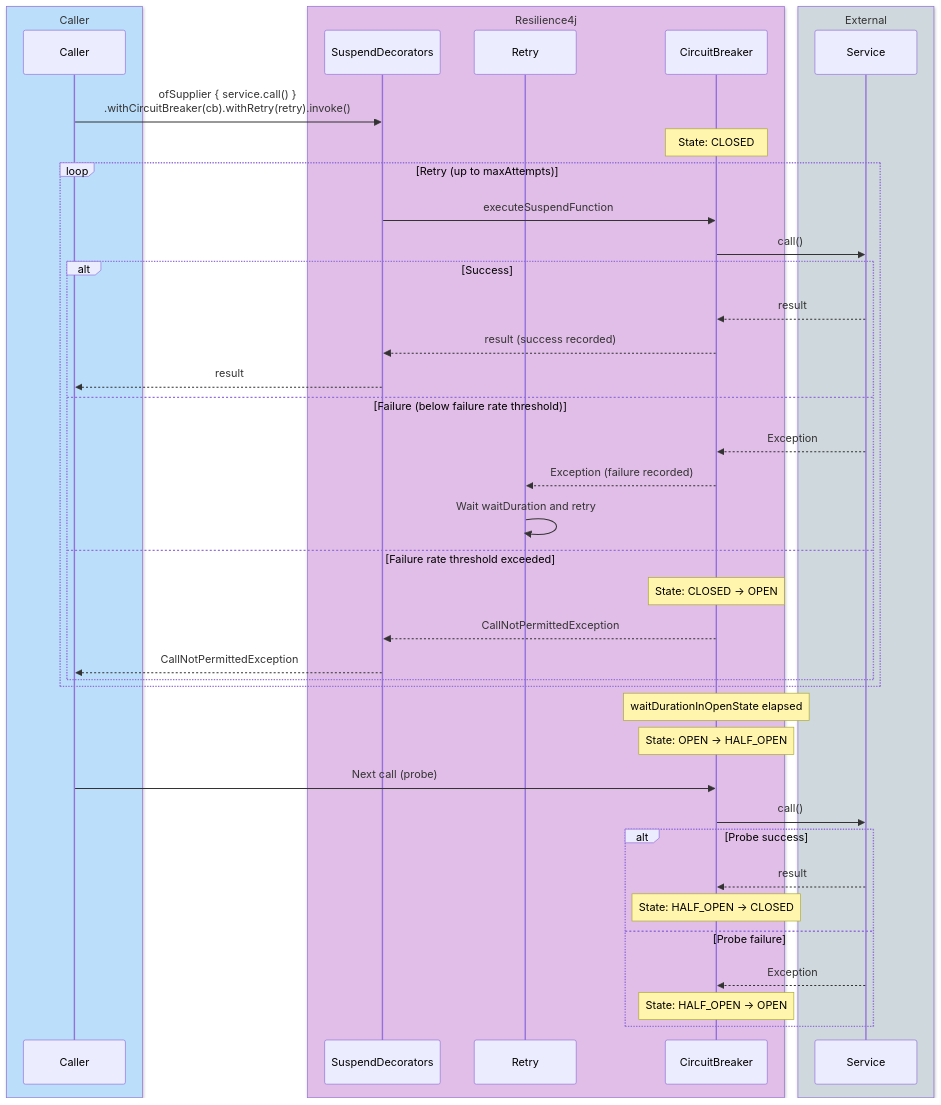
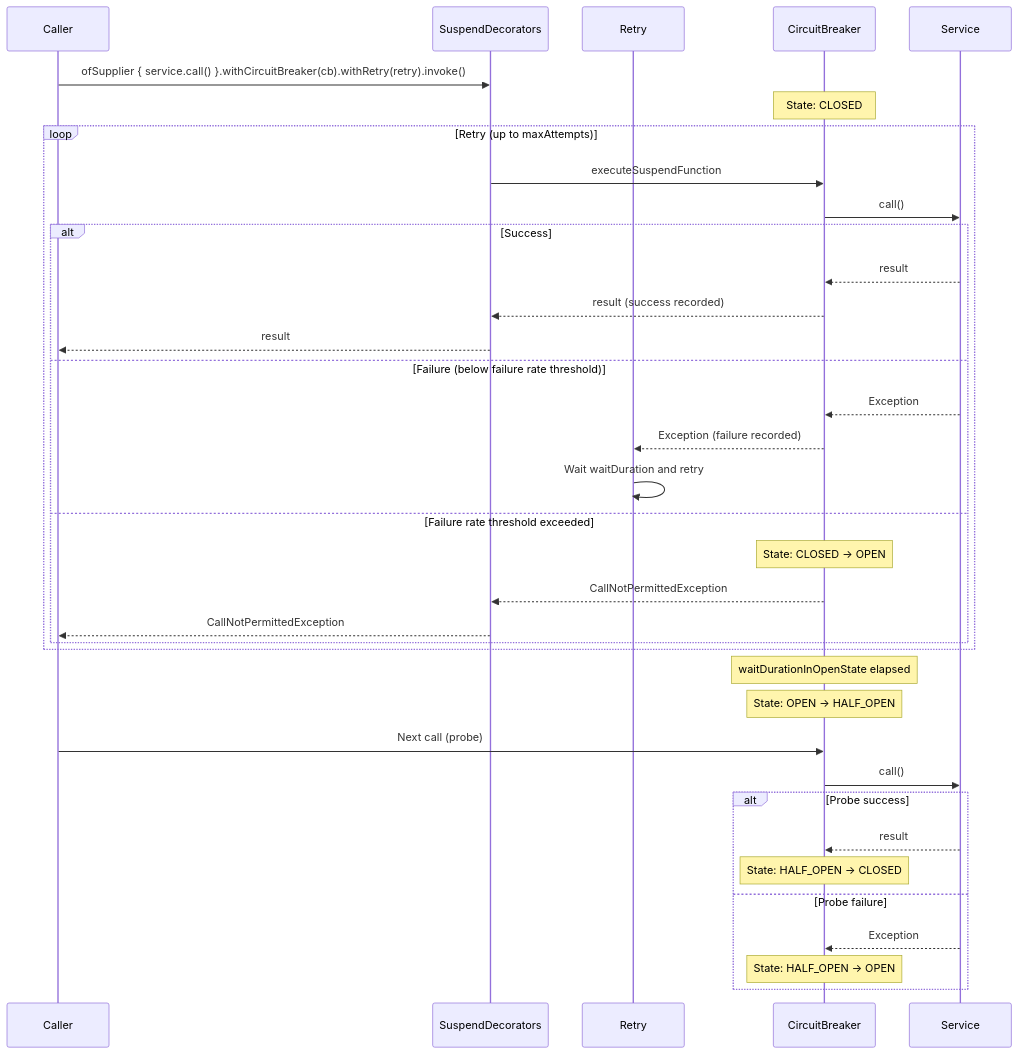
One commit to bluetape4k/bluetape4k-projects changed the second of 3 diagrams in infra/resilience4j/README.md. Above: the diagram before and after it, drawn with Mermaid. The commit also changed other lines of this file and 219 other files, not shown here.

First line of the commit message:
docs: 전체 README Mermaid 다이어그램 가이드 적용

````diff
--- a/infra/resilience4j/README.md
+++ b/infra/resilience4j/README.md
@@ -97,47 +98,42 @@
 ```mermaid
 sequenceDiagram
-    box rgb(187,222,251) Caller
     participant Caller
-    end
-    box rgb(225,190,231) Resilience4j
     participant SuspendDecorators
     participant Retry
     participant CircuitBreaker
-    end
-    box rgb(207,216,220) External
     participant Service
-    end
-    Caller ->> SuspendDecorators: ofSupplier { service.call() }<br/>.withCircuitBreaker(cb).withRetry(retry).invoke()
+
+    Caller ->> SuspendDecorators: ofSupplier { service.call() }.withCircuitBreaker(cb).withRetry(retry).invoke()
     Note over CircuitBreaker: State: CLOSED
 
     loop Retry (up to maxAttempts)
         SuspendDecorators ->> CircuitBreaker: executeSuspendFunction
         CircuitBreaker ->> Service: call()
 
         alt Success
             Service -->> CircuitBreaker: result
             CircuitBreaker -->> SuspendDecorators: result (success recorded)
             SuspendDecorators -->> Caller: result
         else Failure (below failure rate threshold)
             Service -->> CircuitBreaker: Exception
             CircuitBreaker -->> Retry: Exception (failure recorded)
             Retry ->> Retry: Wait waitDuration and retry
         else Failure rate threshold exceeded
             Note over CircuitBreaker: State: CLOSED → OPEN
             CircuitBreaker -->> SuspendDecorators: CallNotPermittedException
             SuspendDecorators -->> Caller: CallNotPermittedException
         end
     end
 
     Note over CircuitBreaker: waitDurationInOpenState elapsed
     Note over CircuitBreaker: State: OPEN → HALF_OPEN
     Caller ->> CircuitBreaker: Next call (probe)
     CircuitBreaker ->> Service: call()
     alt Probe success
         Service -->> CircuitBreaker: result
         Note over CircuitBreaker: State: HALF_OPEN → CLOSED
     else Probe failure
         Service -->> CircuitBreaker: Exception
         Note over CircuitBreaker: State: HALF_OPEN → OPEN
     end
 ```
````
